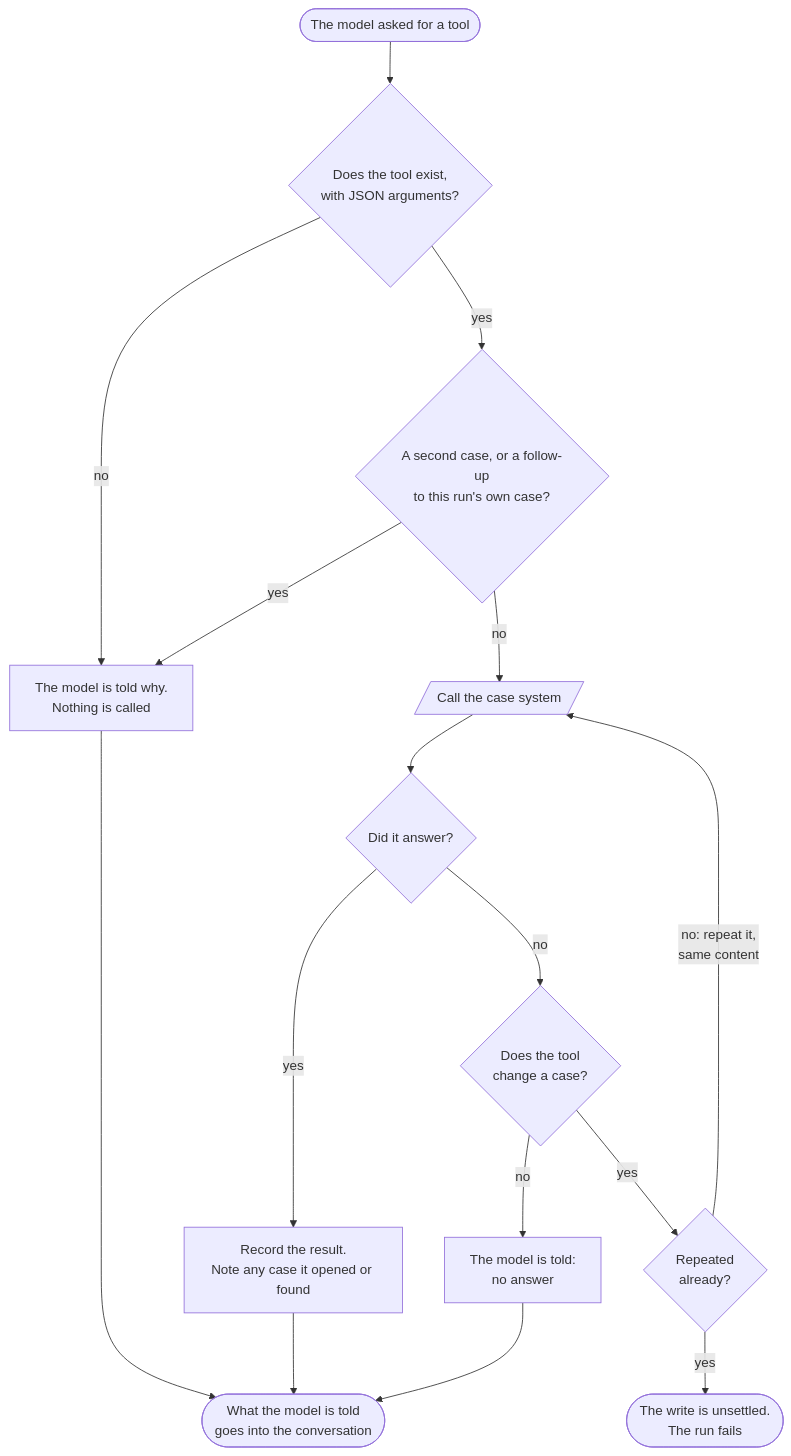
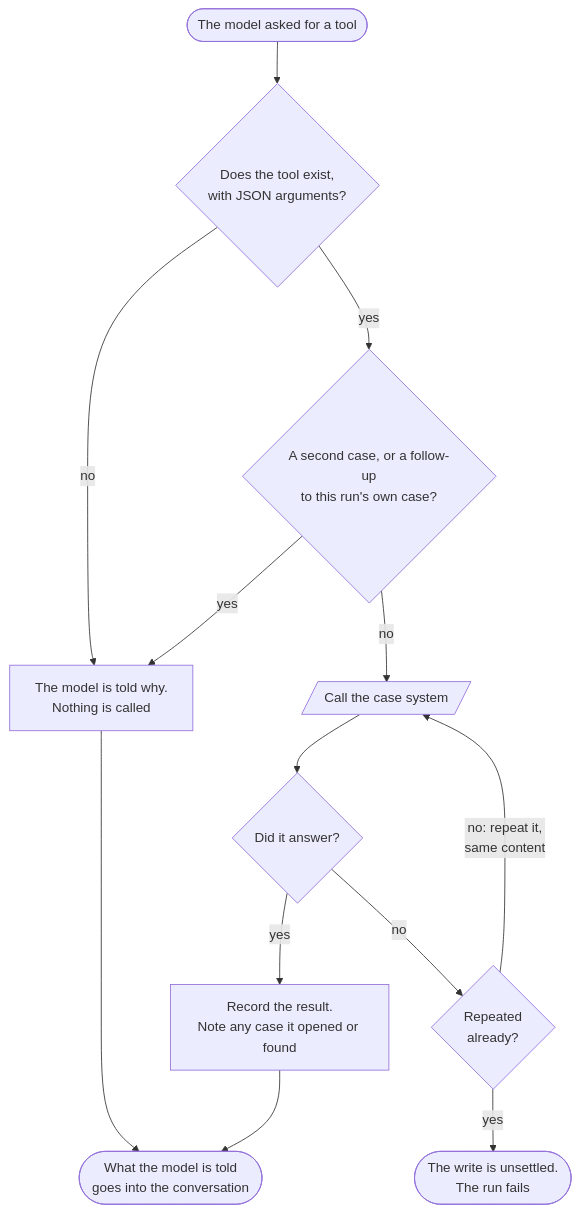
The third of 3 diagrams in docs/architecture/intake-agent-as-actor.md (AndrewPHunter/ai-on-aws), drawn with Mermaid before and after one commit. The commit also changed other lines of this file and 29 other files, not shown here.

````diff
--- a/docs/architecture/intake-agent-as-actor.md
+++ b/docs/architecture/intake-agent-as-actor.md
@@ -105,20 +105,17 @@
 ```mermaid
 flowchart TD
     Asked(["The model asked for a tool"]) --> Known{"Does the tool exist,<br/>with JSON arguments?"}
     Known -- no --> Tell["The model is told why.<br/>Nothing is called"]
     Known -- yes --> Allowed{"A second case, or a follow-up<br/>to this run's own case?"}
     Allowed -- yes --> Tell
     Allowed -- no --> Call[/"Call the case system"/]
 
     Call --> Reply{"Did it answer?"}
     Reply -- yes --> Record["Record the result.<br/>Note any case it opened or found"]
-    Reply -- no --> IsWrite{"Does the tool<br/>change a case?"}
-    IsWrite -- no --> NoAnswer["The model is told:<br/>no answer"]
-    IsWrite -- yes --> Repeated{"Repeated<br/>already?"}
+    Reply -- no --> Repeated{"Repeated<br/>already?"}
     Repeated -- "no: repeat it,<br/>same content" --> Call
     Repeated -- yes --> Unsettled(["The write is unsettled.<br/>The run fails"])
 
     Tell --> Append(["What the model is told<br/>goes into the conversation"])
     Record --> Append
-    NoAnswer --> Append
 ```
````
